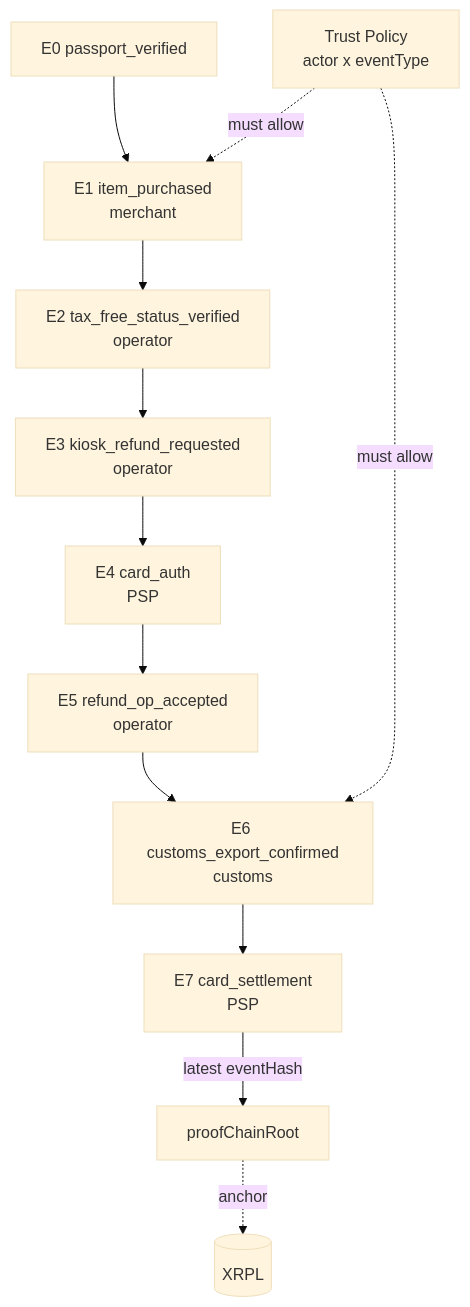
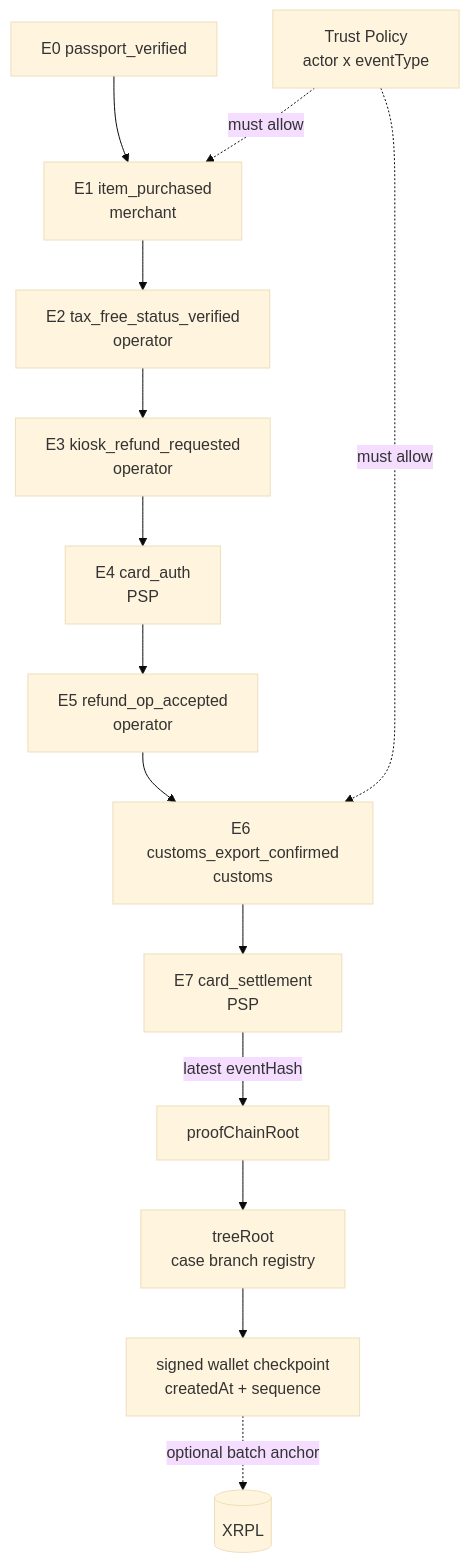
Before and after one commit to ChainDrifters/XRPL_hackathon: the diagram in docs/plan/phase-4.md, drawn with Mermaid (base theme). The commit also changed other lines of this file and 7 other files, not shown here.

Commit message:
whole state hashing and statusRoot/proofChainRoot moved to wallet

````diff
--- a/docs/plan/phase-4.md
+++ b/docs/plan/phase-4.md
@@ -29,15 +29,17 @@
 ```mermaid
 flowchart TD
     E0["E0 passport_verified"] --> E1["E1 item_purchased<br/>merchant"]
     E1 --> E2["E2 tax_free_status_verified<br/>operator"]
     E2 --> E3["E3 kiosk_refund_requested<br/>operator"]
     E3 --> E4["E4 card_auth<br/>PSP"]
     E4 --> E5["E5 refund_op_accepted<br/>operator"]
     E5 --> E6["E6 customs_export_confirmed<br/>customs"]
     E6 --> E7["E7 card_settlement<br/>PSP"]
-    E7 -->|"latest eventHash"| ROOT["proofChainRoot"]
-    ROOT -. "anchor" .-> XRPL[(XRPL)]
+    E7 -->|"latest eventHash"| CASE_ROOT["proofChainRoot"]
+    CASE_ROOT --> TREE["treeRoot<br/>case branch registry"]
+    TREE --> CKPT["signed wallet checkpoint<br/>createdAt + sequence"]
+    CKPT -. "optional batch anchor" .-> XRPL[(XRPL)]
 
     POLICY["Trust Policy<br/>actor x eventType"] -. "must allow" .-> E1
     POLICY -. "must allow" .-> E6
 ```
````
